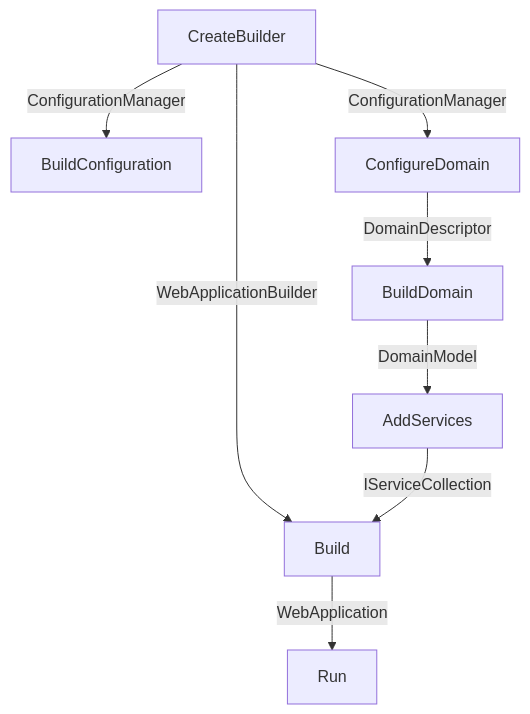
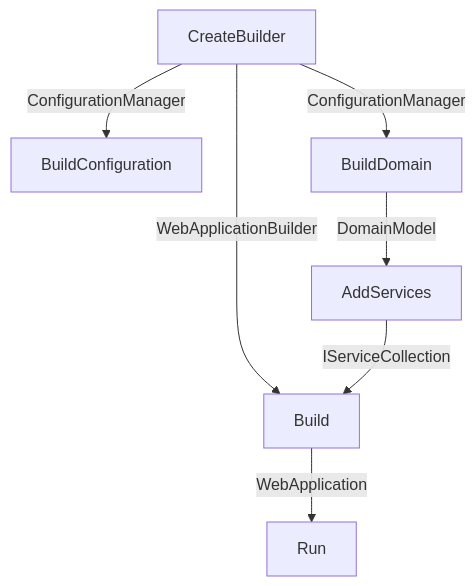
Before and after one commit to mouseless/baked: the diagram in docs/blueprints/service.md, drawn with Mermaid. The commit also changed 4 other files, not shown here.

````diff
--- a/docs/blueprints/service.md
+++ b/docs/blueprints/service.md
@@ -34,17 +34,15 @@
 ```mermaid
 flowchart TD
     AS[AddServices]
     B[Build]
     BC[BuildConfiguration]
     BD[BuildDomain]
     CB[CreateBuilder]
-    CD[ConfigureDomain]
     R[Run]
     CB -->|ConfigurationManager| BC
-    CB -->|ConfigurationManager| CD
-    CD -->|DomainDescriptor| BD
+    CB -->|ConfigurationManager| BD
     BD -->|DomainModel| AS
     CB -->|WebApplicationBuilder| B
     AS -->|IServiceCollection| B
     B -->|WebApplication|R
 ```    
````
